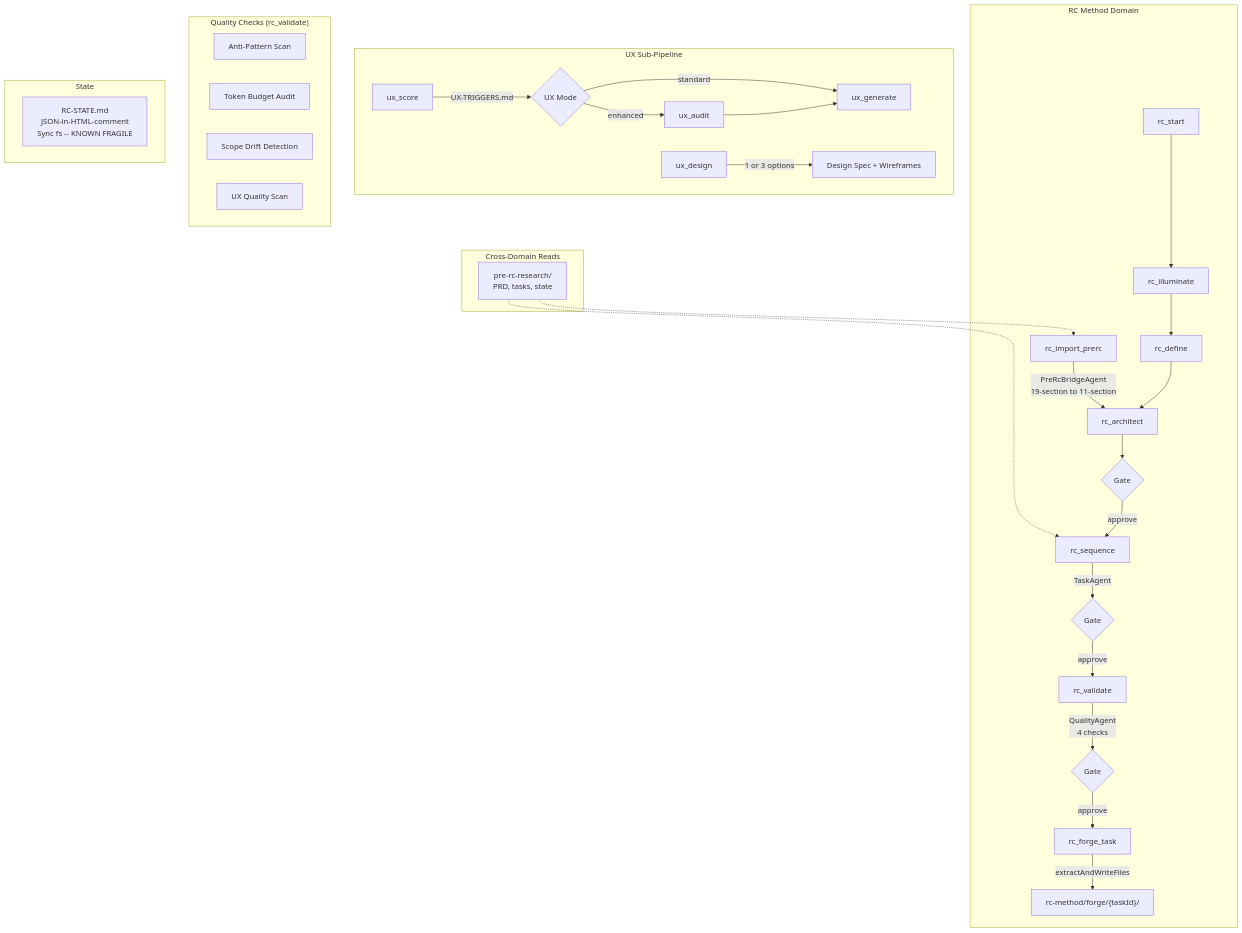
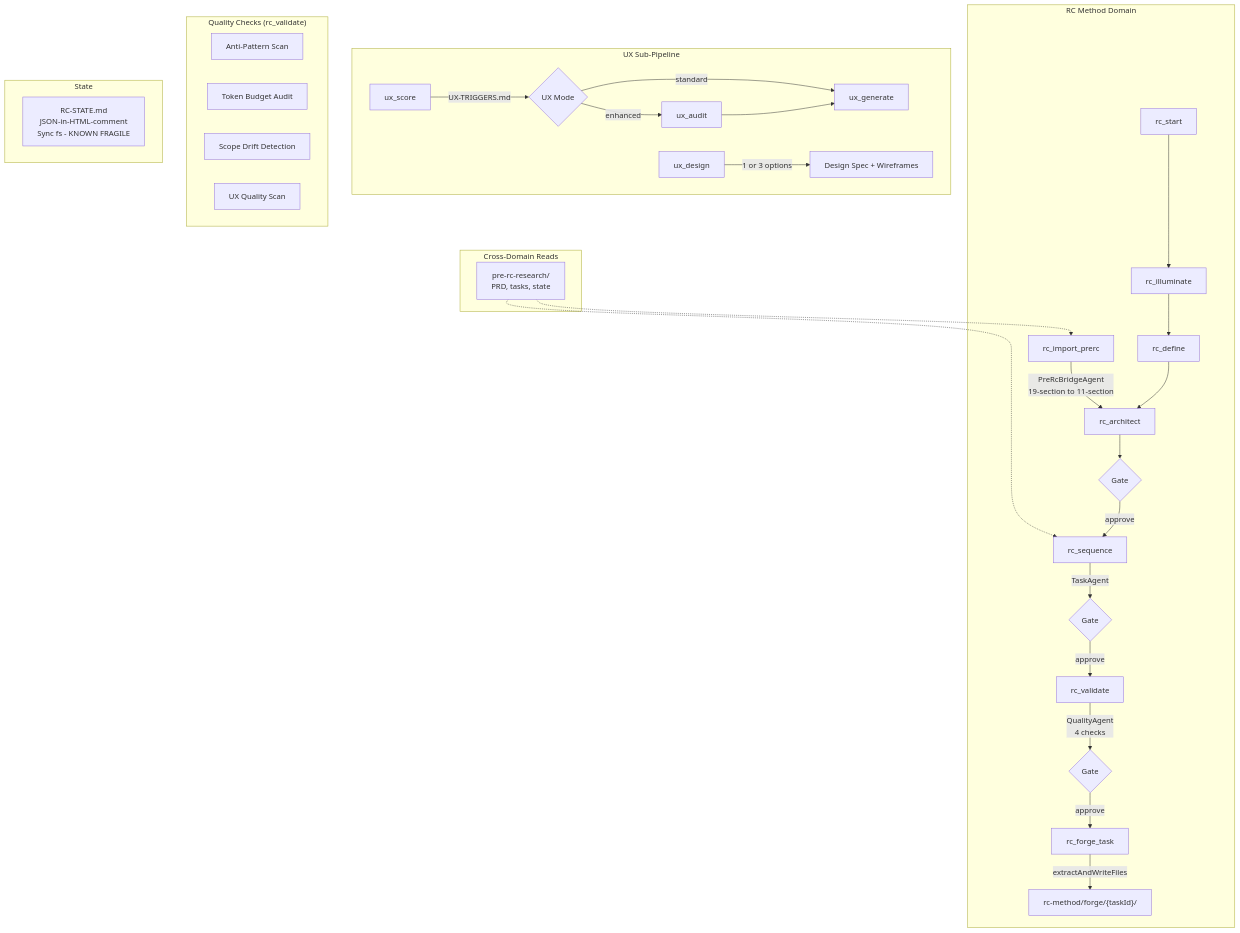
One commit to originalrashmi/rc-engine-product-framework changed the fifth of 19 diagrams in docs/ARCHITECTURE.md. Above: the diagram before and after it, drawn with Mermaid. The commit also changed other lines of this file and 19 other files, not shown here.

````diff
--- a/docs/ARCHITECTURE.md
+++ b/docs/ARCHITECTURE.md
@@ -267,40 +267,40 @@
 ```mermaid
 graph TD
     subgraph "RC Method Domain"
         IMPORT[rc_import_prerc] --> |PreRcBridgeAgent<br/>19-section to 11-section| ARCH
         START2[rc_start] --> ILLUM[rc_illuminate]
         ILLUM --> DEF[rc_define]
         DEF --> ARCH[rc_architect]
         ARCH --> GA{Gate}
         GA -->|approve| SEQ[rc_sequence]
         SEQ --> |TaskAgent| GS{Gate}
         GS -->|approve| VAL[rc_validate]
         VAL --> |QualityAgent<br/>4 checks| GV{Gate}
         GV -->|approve| FORGE[rc_forge_task]
         FORGE --> |extractAndWriteFiles| FILES["rc-method/forge/{taskId}/"]
     end
 
     subgraph "UX Sub-Pipeline"
         SCORE[ux_score] --> |UX-TRIGGERS.md| MODE{UX Mode}
         MODE -->|standard| UGEN[ux_generate]
         MODE -->|enhanced| UAUD[ux_audit]
         UAUD --> UGEN
         DESIGN[ux_design] --> |1 or 3 options| DSPEC[Design Spec + Wireframes]
     end
 
     subgraph "Quality Checks (rc_validate)"
         Q1[Anti-Pattern Scan]
         Q2[Token Budget Audit]
         Q3[Scope Drift Detection]
         Q4[UX Quality Scan]
     end
 
     subgraph "Cross-Domain Reads"
         PRC_DATA["pre-rc-research/<br/>PRD, tasks, state"] -.-> IMPORT
         PRC_DATA -.-> SEQ
     end
 
     subgraph "State"
-        RCSTATE["RC-STATE.md<br/>JSON-in-HTML-comment<br/>Sync fs -- KNOWN FRAGILE"]
+        RCSTATE["RC-STATE.md<br/>JSON-in-HTML-comment<br/>Sync fs - KNOWN FRAGILE"]
     end
 ```
````
